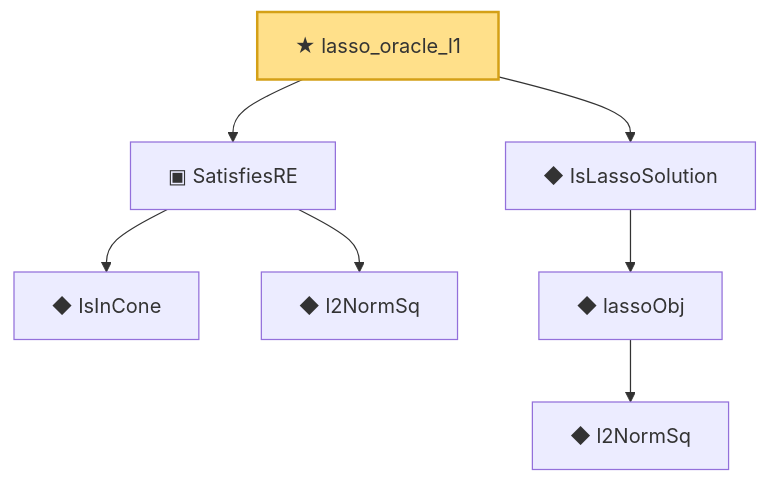
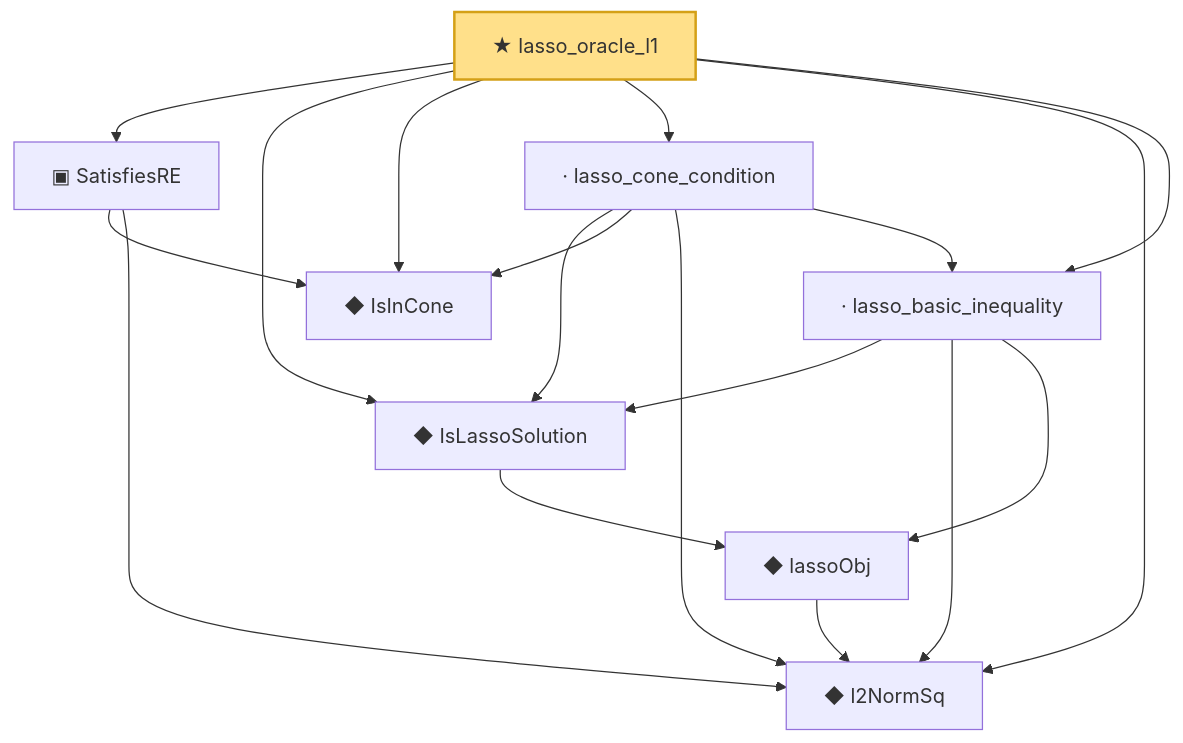
Before and after one commit to statopia/statlib-site: the diagram in public/narratives/HighDim/lasso_oracle_l1.md, drawn with Mermaid. The commit also changed other lines of this file and 1165 other files, not shown here.

First line of the commit message:
feat: restructure to 6 pages + regenerate knowledge graph from main

````diff
--- a/public/narratives/HighDim/lasso_oracle_l1.md
+++ b/public/narratives/HighDim/lasso_oracle_l1.md
@@ -18,19 +19,31 @@
 ```mermaid
 flowchart TD
   n0["◆ IsInCone"]
   n1["◆ l2NormSq"]
   n2["▣ SatisfiesRE"]
-  n3["◆ l2NormSq"]
-  n4["◆ lassoObj"]
-  n5["◆ IsLassoSolution"]
-  n6["★ lasso_oracle_l1"]
+  n3["◆ lassoObj"]
+  n4["◆ IsLassoSolution"]
+  n5["· lasso_basic_inequality"]
+  n6["· lasso_cone_condition"]
+  n7["★ lasso_oracle_l1"]
   n2 --> n0
   n2 --> n1
+  n3 --> n1
   n4 --> n3
   n5 --> n4
-  n6 --> n2
+  n5 --> n1
+  n5 --> n3
+  n6 --> n4
+  n6 --> n0
+  n6 --> n1
   n6 --> n5
-  class n6 headline;
+  n7 --> n2
+  n7 --> n4
+  n7 --> n0
+  n7 --> n6
+  n7 --> n1
+  n7 --> n5
+  class n7 headline;
   classDef headline fill:#ffe08a,stroke:#d4a017,stroke-width:2px;
   classDef axiomNode fill:#ffd0d0,stroke:#c0392b,stroke-dasharray:4 2;
 ```
````
